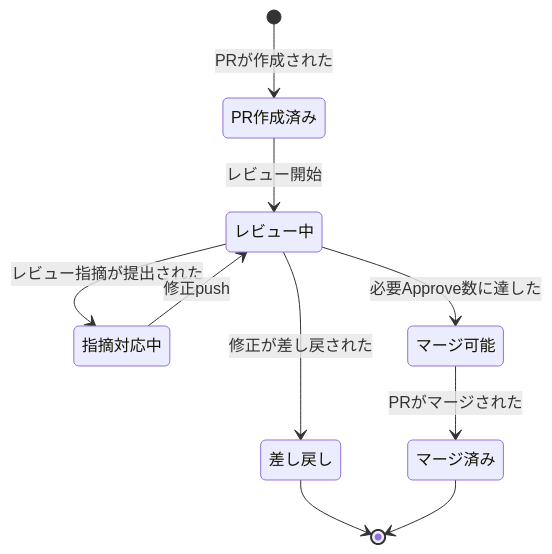
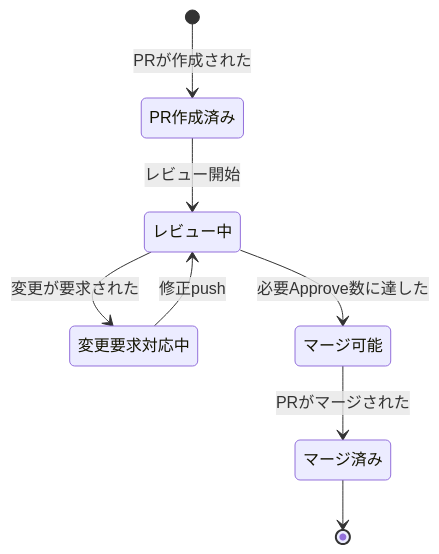
Before and after one commit to kuchita-el/claude-shared-skills: the third of 3 diagrams in docs/development/event-storming.md, drawn with Mermaid. The commit also changed other lines of this file and 1 other file, not shown here.

````diff
--- a/docs/development/event-storming.md
+++ b/docs/development/event-storming.md
@@ -135,12 +130,10 @@
 ```mermaid
 stateDiagram-v2
     [*] --> PR作成済み: PRが作成された
     PR作成済み --> レビュー中: レビュー開始
-    レビュー中 --> 指摘対応中: レビュー指摘が提出された
-    指摘対応中 --> レビュー中: 修正push
+    レビュー中 --> 変更要求対応中: 変更が要求された
+    変更要求対応中 --> レビュー中: 修正push
     レビュー中 --> マージ可能: 必要Approve数に達した
     マージ可能 --> マージ済み: PRがマージされた
-    レビュー中 --> 差し戻し: 修正が差し戻された
-    差し戻し --> [*]
     マージ済み --> [*]
 ```
````
